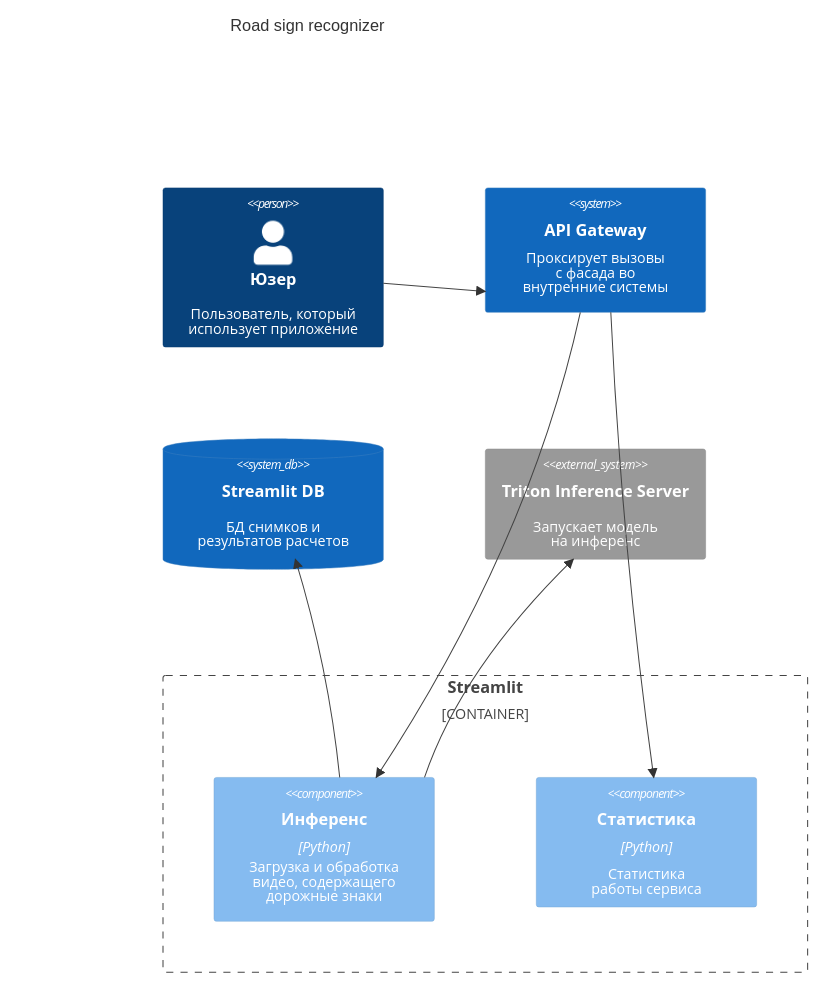
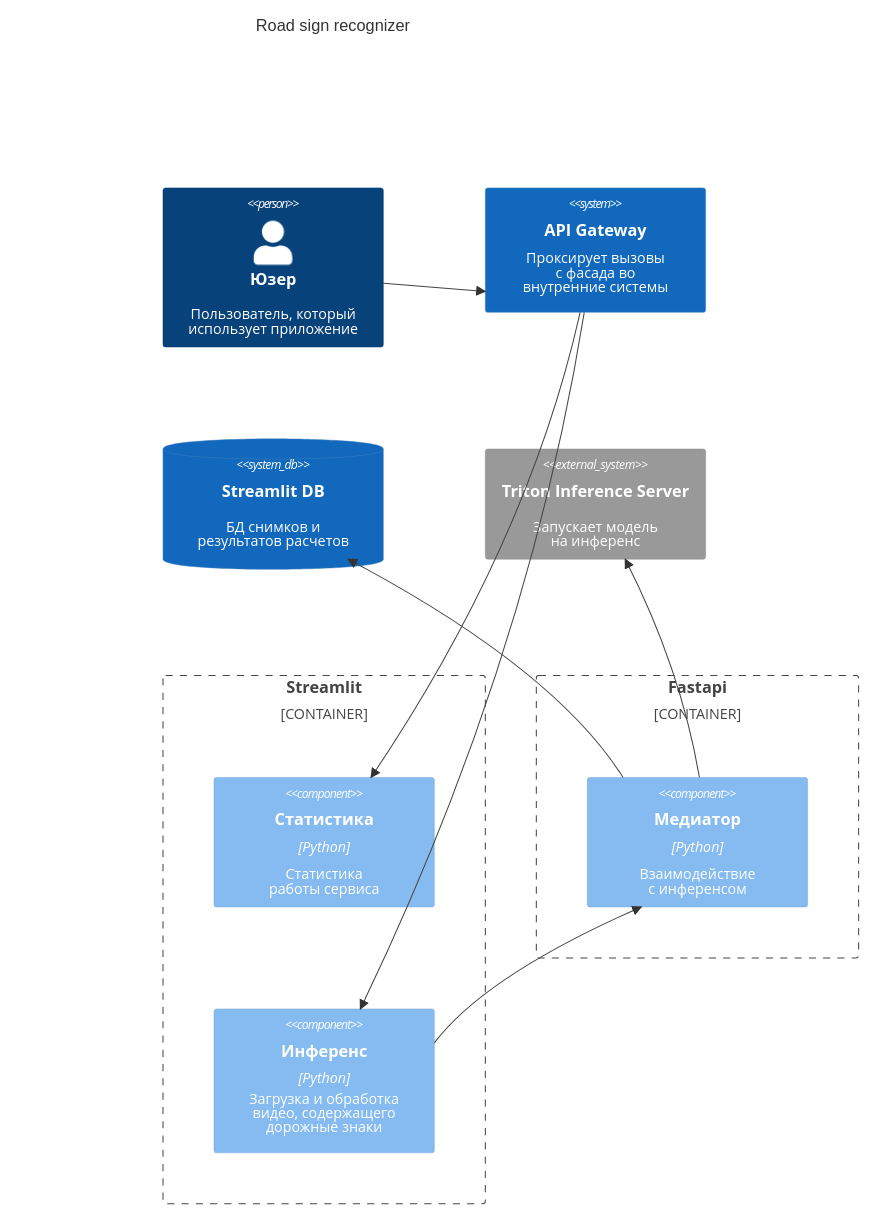
One commit to gevaland/dlp changed the second of 2 diagrams in README.md. Above: the diagram before and after it, drawn with Mermaid.

Commit message:
Updated C4 Model

````diff
--- a/README.md
+++ b/README.md
@@ -73,22 +73,27 @@
 ```mermaid
 C4Context
     accTitle: Road sign recognizer
     accDescr: Components
 
     Person(personUser, "Юзер", "Пользователь, который <br> использует приложение")
 
     System(nginxApi, "API Gateway", "Проксирует вызовы <br> с фасада во <br> внутренние системы")
     SystemDb(postgresqlDb, "Streamlit DB", "БД снимков и <br> результатов расчетов")
-    System_Ext(tritonApi, "Triton Inference Server", "Запускает модель <br> на инференс")
+    System_Ext(tritonSystemE, "Triton Inference Server", "Запускает модель <br> на инференс")
 
-    Container_Boundary(appContainer, "Streamlit", "Приложение для запроса данных по разметке") {
+    Container_Boundary(streamlitContainer, "Streamlit", "Приложение для запроса данных по разметке") {
+        Component(statComponent, "Статистика", "Python", "Статистика <br> работы сервиса")
         Component(streamlitComponent, "Инференс", "Python", "Загрузка и обработка <br> видео, содержащего <br> дорожные знаки")
-        Component(statComponent, "Статистика", "Python", "Статистика <br> работы сервиса")
+    }
+
+    Container_Boundary(fastapiContainer, "Fastapi", "Приложение для медиатора между сервисами") {
+        Component(fastapiComponent, "Медиатор", "Python", "Взаимодействие <br> с инференсом")
     }
 
     Rel(personUser, nginxApi,,)
     Rel(nginxApi, streamlitComponent,,)
     Rel(nginxApi, statComponent,,)
-    Rel(streamlitComponent, postgresqlDb,,)
-    Rel(streamlitComponent, tritonApi,,)
+    Rel(streamlitComponent, fastapiComponent,,)
+    Rel(fastapiComponent, postgresqlDb,,)
+    Rel(fastapiComponent, tritonSystemE,,)
 ```
````
